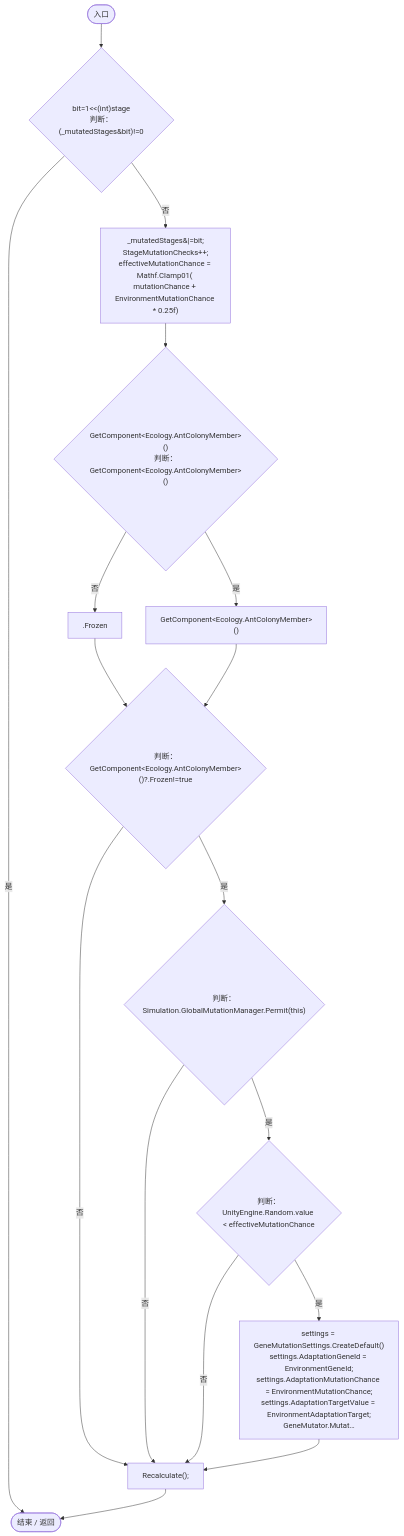
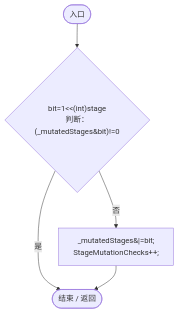
Diagram 25 of 25 in Docs/运行流程图/脚本/7494d53178552f0e.md (xhs6666/Darwin_paradise), drawn with Mermaid before and after one commit. The commit also changed other lines of this file and 219 other files, not shown here.

````diff
--- a/Docs/运行流程图/脚本/7494d53178552f0e.md
+++ b/Docs/运行流程图/脚本/7494d53178552f0e.md
@@ -928,32 +928,12 @@
 ```mermaid
 flowchart TD
   b0(["入口"])
   b1{"bit=1&lt;&lt;(int)stage<br/>判断：(_mutatedStages&amp;bit)!=0"}
-  b2["_mutatedStages&#124;=bit;<br/>StageMutationChecks++;<br/>effectiveMutationChance = Mathf.Clamp01( mutationChance + EnvironmentMutationChance * 0.25f)"]
-  b3{"GetComponent&lt;Ecology.AntColonyMember&gt;()<br/>判断：GetComponent&lt;Ecology.AntColonyMember&gt;()"}
-  b4[".Frozen"]
-  b5["GetComponent&lt;Ecology.AntColonyMember&gt;()"]
-  b6{"判断：GetComponent&lt;Ecology.AntColonyMember&gt;()?.Frozen!=true"}
-  b7{"判断：Simulation.GlobalMutationManager.Permit(this)"}
-  b8{"判断：UnityEngine.Random.value &lt; effectiveMutationChance"}
-  b9["settings = GeneMutationSettings.CreateDefault()<br/>settings.AdaptationGeneId = EnvironmentGeneId;<br/>settings.AdaptationMutationChance = EnvironmentMutationChance;<br/>settings.AdaptationTargetValue = EnvironmentAdaptationTarget;<br/>GeneMutator.Mutat…"]
-  b10["Recalculate();"]
-  b11(["结束 / 返回"])
+  b2["_mutatedStages&#124;=bit;<br/>StageMutationChecks++;"]
+  b3(["结束 / 返回"])
   b0 --> b1
-  b1 -->|"是"| b11
+  b1 -->|"是"| b3
   b1 -->|"否"| b2
   b2 --> b3
-  b3 -->|"否"| b4
-  b3 -->|"是"| b5
-  b4 --> b6
-  b5 --> b6
-  b6 -->|"是"| b7
-  b6 -->|"否"| b10
-  b7 -->|"是"| b8
-  b7 -->|"否"| b10
-  b8 -->|"是"| b9
-  b8 -->|"否"| b10
-  b9 --> b10
-  b10 --> b11
 
 ```
````
